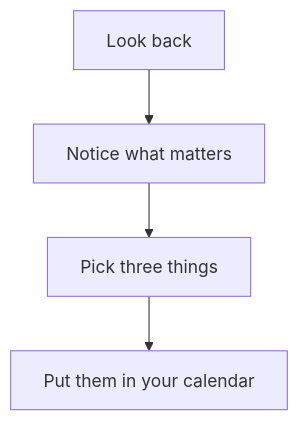
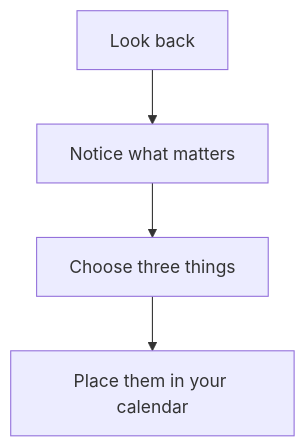
The diagram in modules/tpl-weekly-review.md (benthepsychologist/booklet-registry), drawn with Mermaid before and after one commit. The commit also changed other lines of this file and 12 other files, not shown here.

````diff
--- a/modules/tpl-weekly-review.md
+++ b/modules/tpl-weekly-review.md
@@ -162,6 +124,6 @@
 ```mermaid
 flowchart TD
   A[Look back] --> B[Notice what matters]
-  B --> C[Pick three things]
-  C --> D[Put them in your calendar]
+  B --> C[Choose three things]
+  C --> D[Place them in your calendar]
 ```
````
